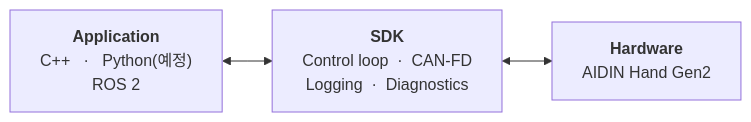
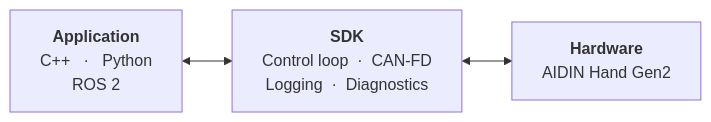
The diagram in README.ko.md (aidinrobotics/aidin-hand2-sdk), drawn with Mermaid before and after one commit. The commit also changed other lines of this file and 16 other files, not shown here.

````diff
--- a/README.ko.md
+++ b/README.ko.md
@@ -17,9 +17,9 @@
 ```mermaid
 %%{init: {"flowchart": {"curve": "linear"}}}%%
 flowchart LR
-    App["<b>Application</b><br/>C++ &nbsp;&nbsp;·&nbsp;&nbsp; Python(예정)<br/>ROS 2"]
+    App["<b>Application</b><br/>C++ &nbsp;&nbsp;·&nbsp;&nbsp; Python<br/>ROS 2"]
     SDK["<b>SDK</b><br/>Control loop &nbsp;·&nbsp; CAN-FD<br/>Logging &nbsp;·&nbsp; Diagnostics"]
     Hand["<b>Hardware</b><br/>AIDIN Hand Gen2"]
     App <--> SDK
     SDK <--> Hand
 ```
````
